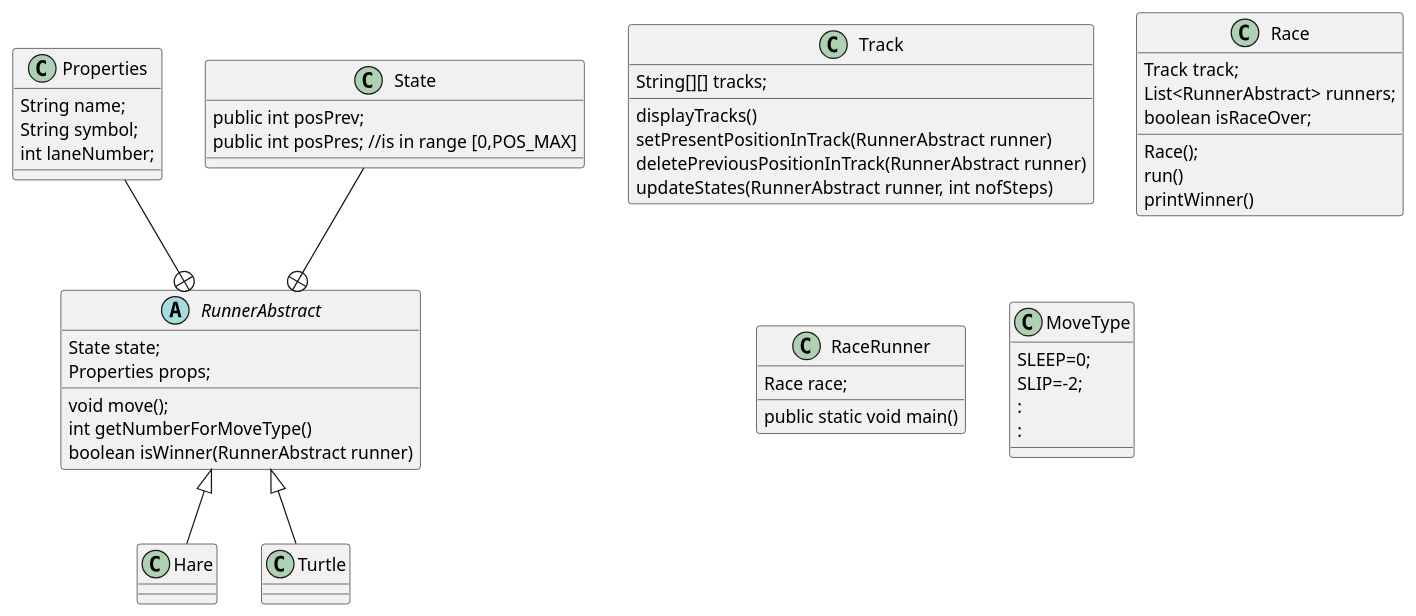
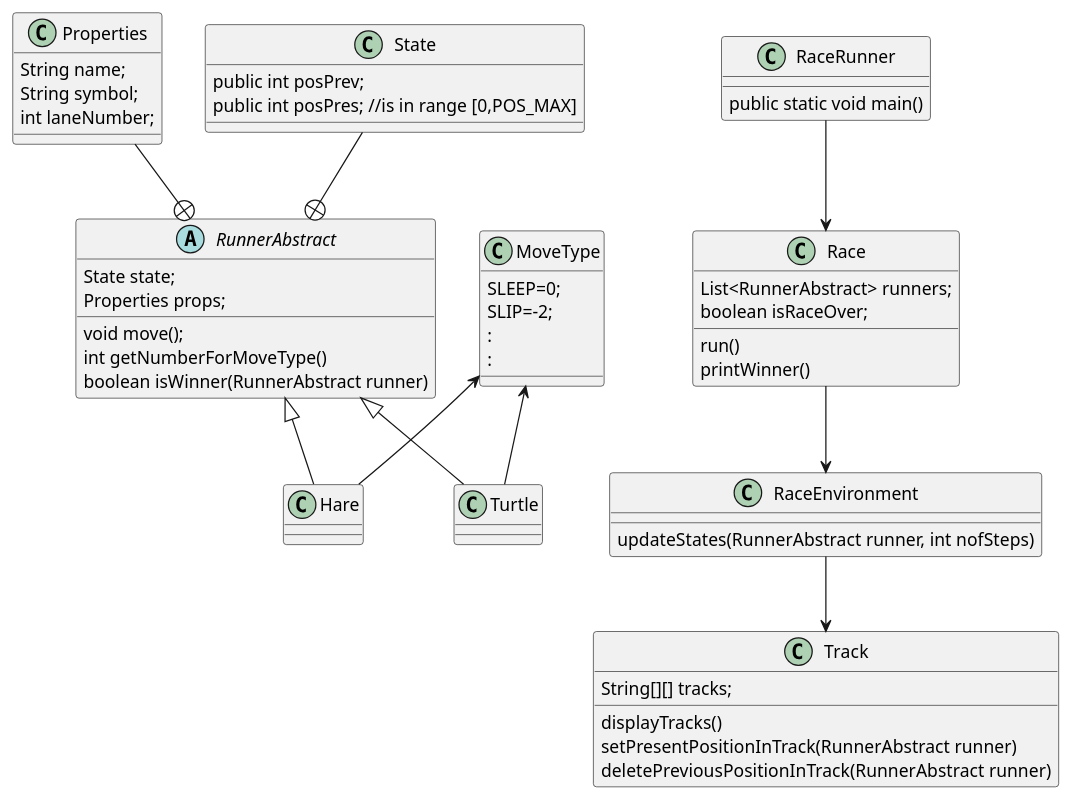
Before and after one commit to JonasHellgren/JavaBasics: the diagram in src/codinghomework/plantuml/tortoise_vs_hare.puml, drawn with PlantUML. The commit also changed 8 other files, not shown here.

Commit message:
Class RaceEnvironment added. UML diagram changed.

```diff
--- a/src/codinghomework/plantuml/tortoise_vs_hare.puml
+++ b/src/codinghomework/plantuml/tortoise_vs_hare.puml
@@ -1,64 +1,69 @@
 @startuml
 'https://plantuml.com/class-diagram
 
+'https://java-programming.mooc.fi/part-11/1-class-diagrams
 
-   class State {
-        public int posPrev;
-        public int posPres; //is in range [0,POS_MAX]
-    }
+class State {
+       public int posPrev;
+       public int posPres; //is in range [0,POS_MAX]
+}
 
-     class Properties {
-            String name;
-            String symbol;
-            int laneNumber;
-        }
+class Properties {
+        String name;
+        String symbol;
+        int laneNumber;
+}
 
 abstract class RunnerAbstract {
     State state;
     Properties props;
 
     void move();
     int getNumberForMoveType()
     boolean isWinner(RunnerAbstract runner)
 }
 
+class MoveType {
+    SLEEP=0;
+    SLIP=-2;
+    :
+    :
+}
+
 RunnerAbstract +-u- State
 RunnerAbstract +-u- Properties
+RunnerAbstract <|-- Hare
+RunnerAbstract <|-- Turtle
+
+MoveType <-d- Turtle
+MoveType <-d- Hare
+
+class RaceRunner {
+    public static void main()
+}
+
+class Race {
+    List<RunnerAbstract> runners;
+    boolean isRaceOver;
+    run()
+    printWinner()
+}
+
+class RaceEnvironment {
+    updateStates(RunnerAbstract runner, int nofSteps)
+ }
 
 class Track {
 String[][] tracks;
 
 displayTracks()
 setPresentPositionInTrack(RunnerAbstract runner)
 deletePreviousPositionInTrack(RunnerAbstract runner)
-updateStates(RunnerAbstract runner, int nofSteps)
+
 }
 
-class Race {
-    Track track;
-    List<RunnerAbstract> runners;
-    boolean isRaceOver;
-    Race();
-    run()
-    printWinner()
-}
-
-class RaceRunner {
-    Race race;
-    public static void main()
-}
-
-class MoveType {
-    SLEEP=0;
-    SLIP=-2;
-    :
-    :
-}
-
-
-RunnerAbstract <|-- Hare
-RunnerAbstract <|-- Turtle
-
-
+RaceRunner --> Race
+Race --> RaceEnvironment
+RaceEnvironment --> Track
 
 @enduml
```
